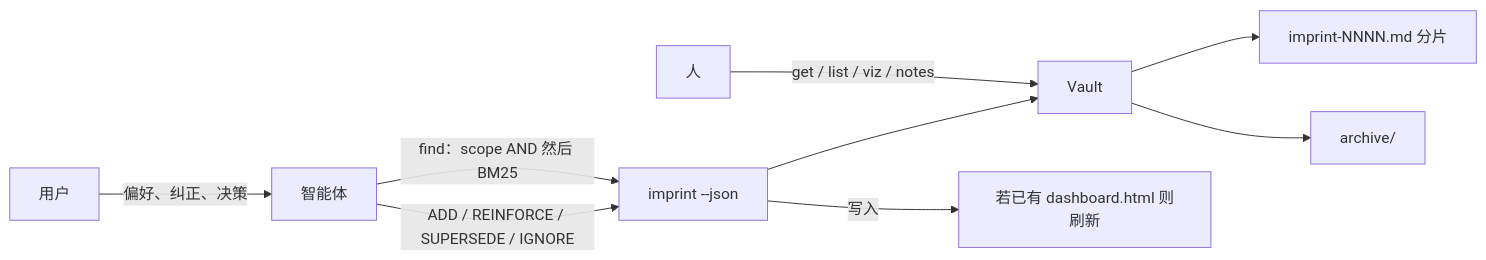
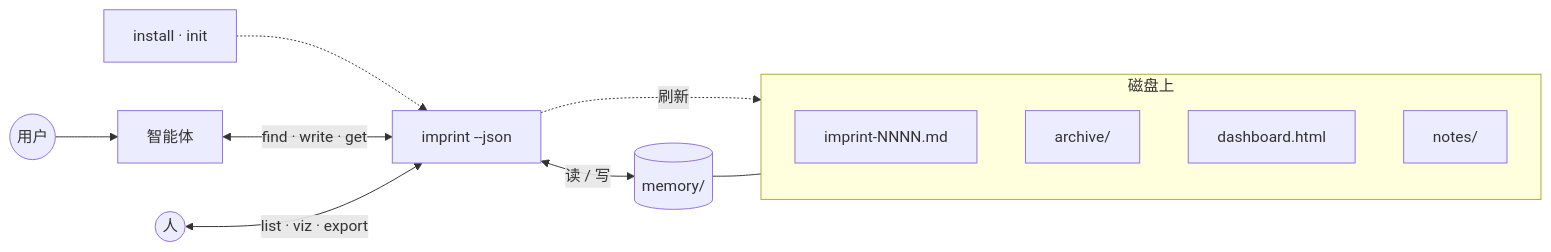
One commit to SteamedBread2333/imprint changed the first of 2 diagrams in README.zh.md. Above: the diagram before and after it, drawn with Mermaid. The commit also changed other lines of this file and 4 other files, not shown here.

````diff
--- a/README.zh.md
+++ b/README.zh.md
@@ -22,11 +22,24 @@
 ```mermaid
 flowchart LR
-  U[用户] -->|偏好、纠正、决策| A[智能体]
-  A -->|ADD / REINFORCE / SUPERSEDE / IGNORE| C["imprint --json"]
-  C --> V[Vault]
-  V --> S["imprint-NNNN.md 分片"]
-  V --> X[archive/]
-  A -->|find：scope AND 然后 BM25| C
-  H[人] -->|get / list / viz / notes| V
-  C -->|写入| D["若已有 dashboard.html 则刷新"]
+  Setup["install · init"] -.-> CLI
+
+  User((用户)) --> Agent[智能体]
+  Human((人))
+
+  Agent <-->|find · write · get| CLI["imprint --json"]
+  Human <-->|list · viz · export| CLI
+
+  CLI <-->|读 / 写| Vault[(memory/)]
+
+  Vault --- Disk
+
+  subgraph Disk["磁盘上"]
+    direction TB
+    Shards[imprint-NNNN.md]
+    Archive[archive/]
+    Dash[dashboard.html]
+    Notes[notes/]
+  end
+
+  CLI -.->|刷新| Dash
 ```
````
